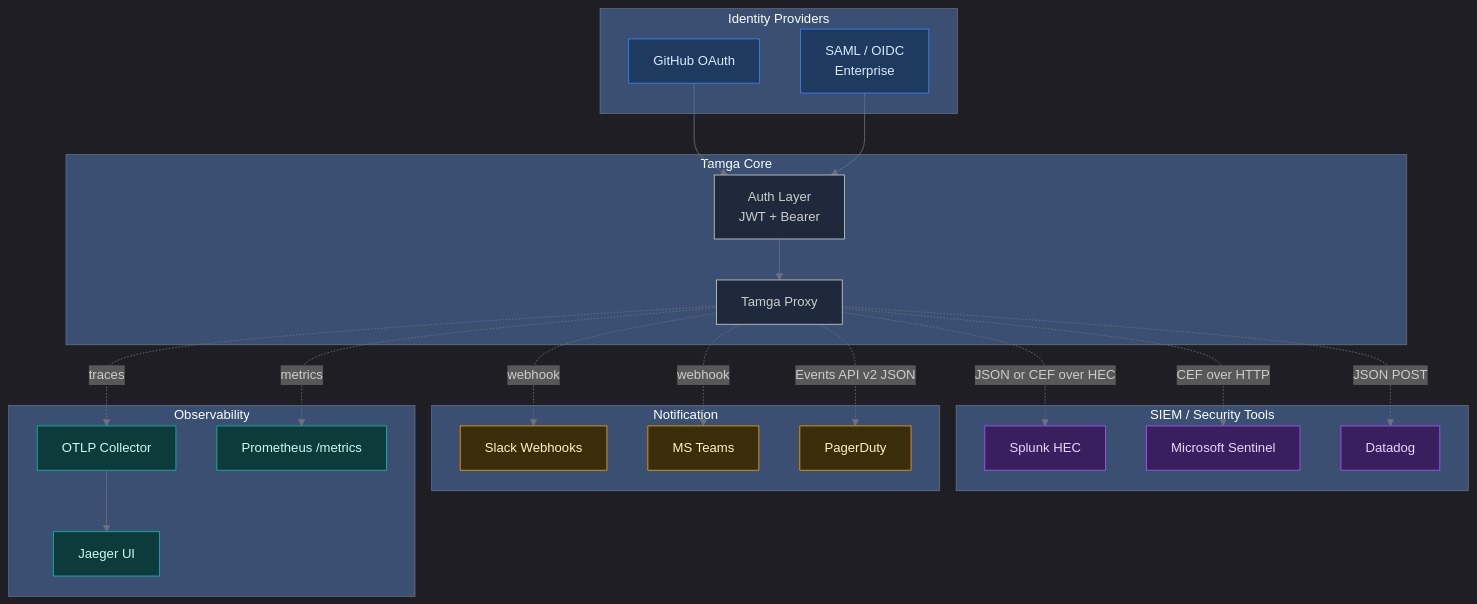
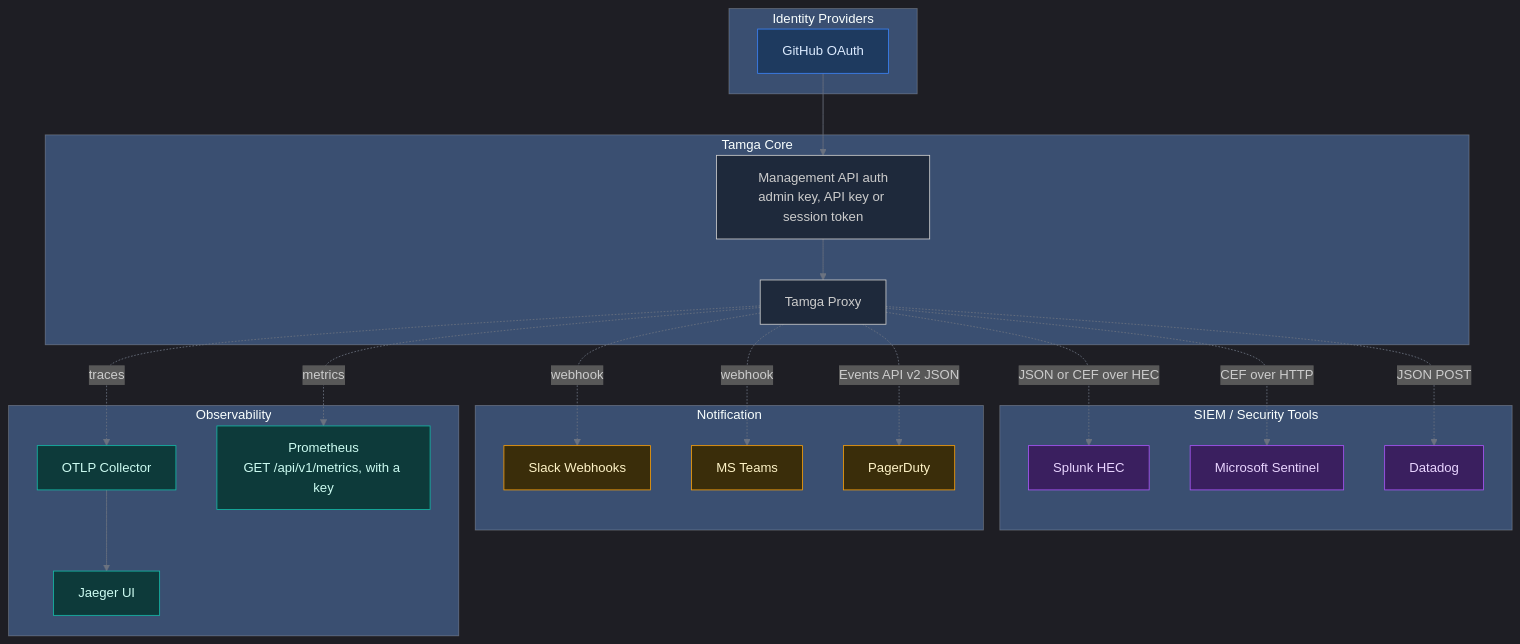
Before and after one commit to yatuk/tamga: the fifth of 5 diagrams in docs/architecture/README.md, drawn with Mermaid. The commit also changed other lines of this file and 16 other files, not shown here.

````diff
--- a/docs/architecture/README.md
+++ b/docs/architecture/README.md
@@ -287,67 +290,65 @@
 ```mermaid
 %%{init: {
   'theme': 'dark',
   'themeVariables': {
     'primaryColor': '#1e3a5f',
     'primaryTextColor': '#dbeafe',
     'primaryBorderColor': '#3b82f6',
     'lineColor': '#6b7280',
     'background': '#0f172a',
     'mainBkg': '#1e293b'
   }
 }}%%
 graph TB
     subgraph "Identity Providers"
         Github[GitHub OAuth]
-        SAML[SAML / OIDC<br/>Enterprise]
     end
 
     subgraph "Tamga Core"
         Proxy[Tamga Proxy]
-        Auth[Auth Layer<br/>JWT + Bearer]
+        Auth[Management API auth<br/>admin key, API key or session token]
     end
 
     subgraph "SIEM / Security Tools"
         Splunk[Splunk HEC]
         Sentinel[Microsoft Sentinel]
         Datadog[Datadog]
     end
 
     subgraph "Notification"
         Slack[Slack Webhooks]
         Teams[MS Teams]
         PagerDuty[PagerDuty]
     end
 
     subgraph "Observability"
         OTLP[OTLP Collector]
-        Prometheus[Prometheus /metrics]
+        Prometheus[Prometheus<br/>GET /api/v1/metrics, with a key]
         Jaeger[Jaeger UI]
     end
 
     Github --> Auth
-    SAML --> Auth
     Auth --> Proxy
 
     Proxy -.->|JSON or CEF over HEC| Splunk
     Proxy -.->|CEF over HTTP| Sentinel
     Proxy -.->|JSON POST| Datadog
 
     Proxy -.->|webhook| Slack
     Proxy -.->|webhook| Teams
     Proxy -.->|Events API v2 JSON| PagerDuty
 
     Proxy -.->|traces| OTLP
     Proxy -.->|metrics| Prometheus
     OTLP --> Jaeger
 
     classDef idp fill:#1e3a5f,stroke:#3b82f6,color:#dbeafe
     classDef siem fill:#3a1f5f,stroke:#a855f7,color:#e9d5ff
     classDef notif fill:#3a2d0a,stroke:#f59e0b,color:#fef3c7
     classDef obs fill:#0d3a3a,stroke:#14b8a6,color:#ccfbf1
 
-    class Github,SAML idp
+    class Github idp
     class Splunk,Sentinel,Datadog siem
     class Slack,Teams,PagerDuty notif
     class OTLP,Prometheus,Jaeger obs
 ```
````
